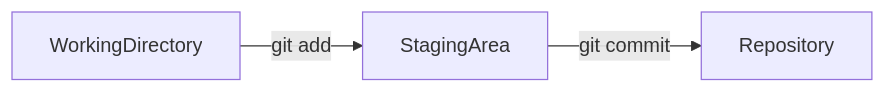
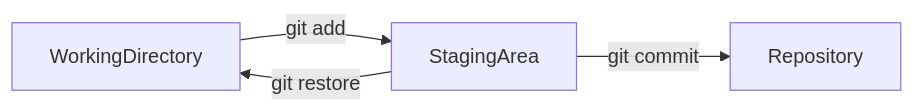
The first of 2 diagrams in README.md (thenativeweb/temp--git), drawn with Mermaid before and after one commit. The commit also changed other lines of this file, not shown here.

````diff
--- a/README.md
+++ b/README.md
@@ -62,5 +71,6 @@
 ```mermaid
 flowchart LR
-  WorkingDirectory -- git add --> StagingArea
+  WorkingDirectory --git add--> StagingArea
+  StagingArea --git restore--> WorkingDirectory
   StagingArea --git commit--> Repository
 ```
````
